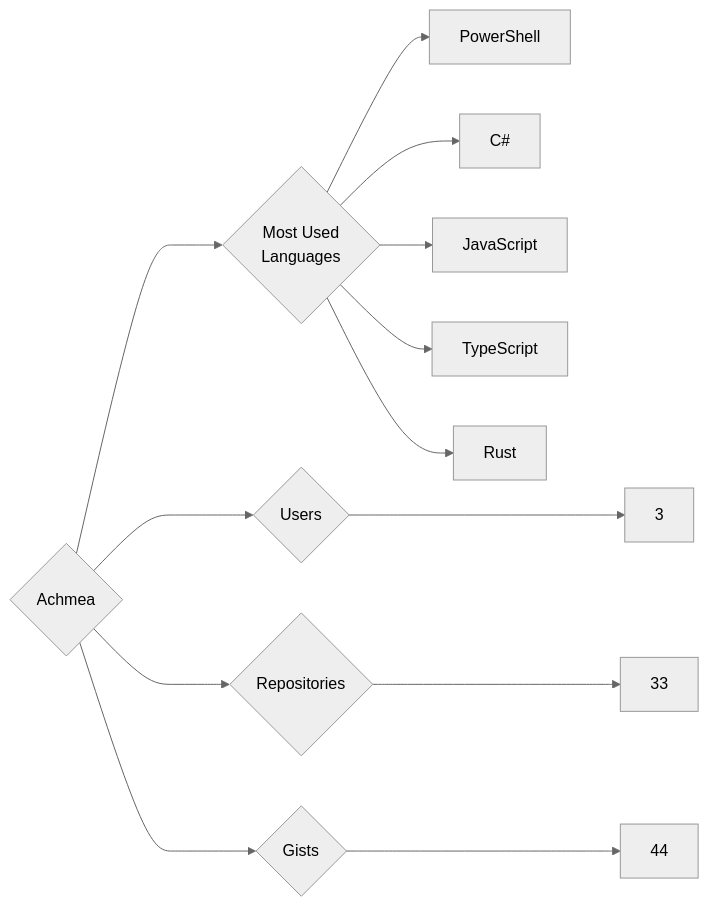
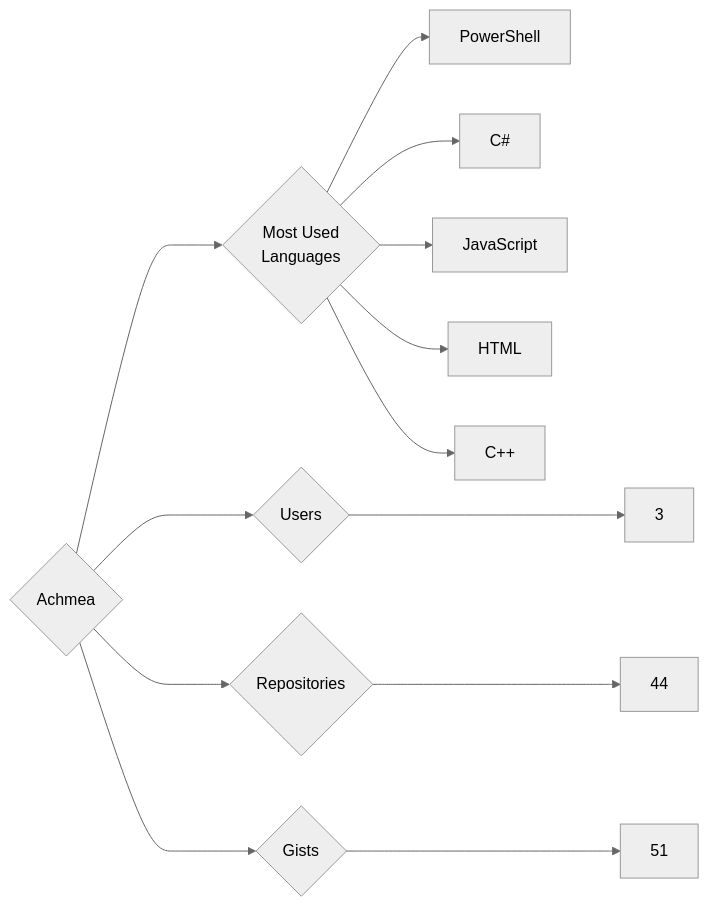
Before and after one commit to trickest/insiders: the diagram in targets/Achmea/README.md, drawn with Mermaid (neutral theme). The commit also changed 1148 other files, not shown here.

````diff
--- a/targets/Achmea/README.md
+++ b/targets/Achmea/README.md
@@ -3,13 +3,13 @@
 ```mermaid
 graph LR
 COMPANY_NAME{Achmea}
 COMPANY_NAME ---> U{Users} ---> UN[3]
-COMPANY_NAME ---> R{Repositories} ---> RN[33]
-COMPANY_NAME ---> G{Gists} ---> GN[44]
+COMPANY_NAME ---> R{Repositories} ---> RN[44]
+COMPANY_NAME ---> G{Gists} ---> GN[51]
 COMPANY_NAME ---> ML{Most Used<br>Languages}
 ML --> PowerShell[PowerShell]
 ML --> C#[C#]
 ML --> JavaScript[JavaScript]
-ML --> TypeScript[TypeScript]
-ML --> Rust[Rust]
+ML --> HTML[HTML]
+ML --> C++[C++]
 ```
````
